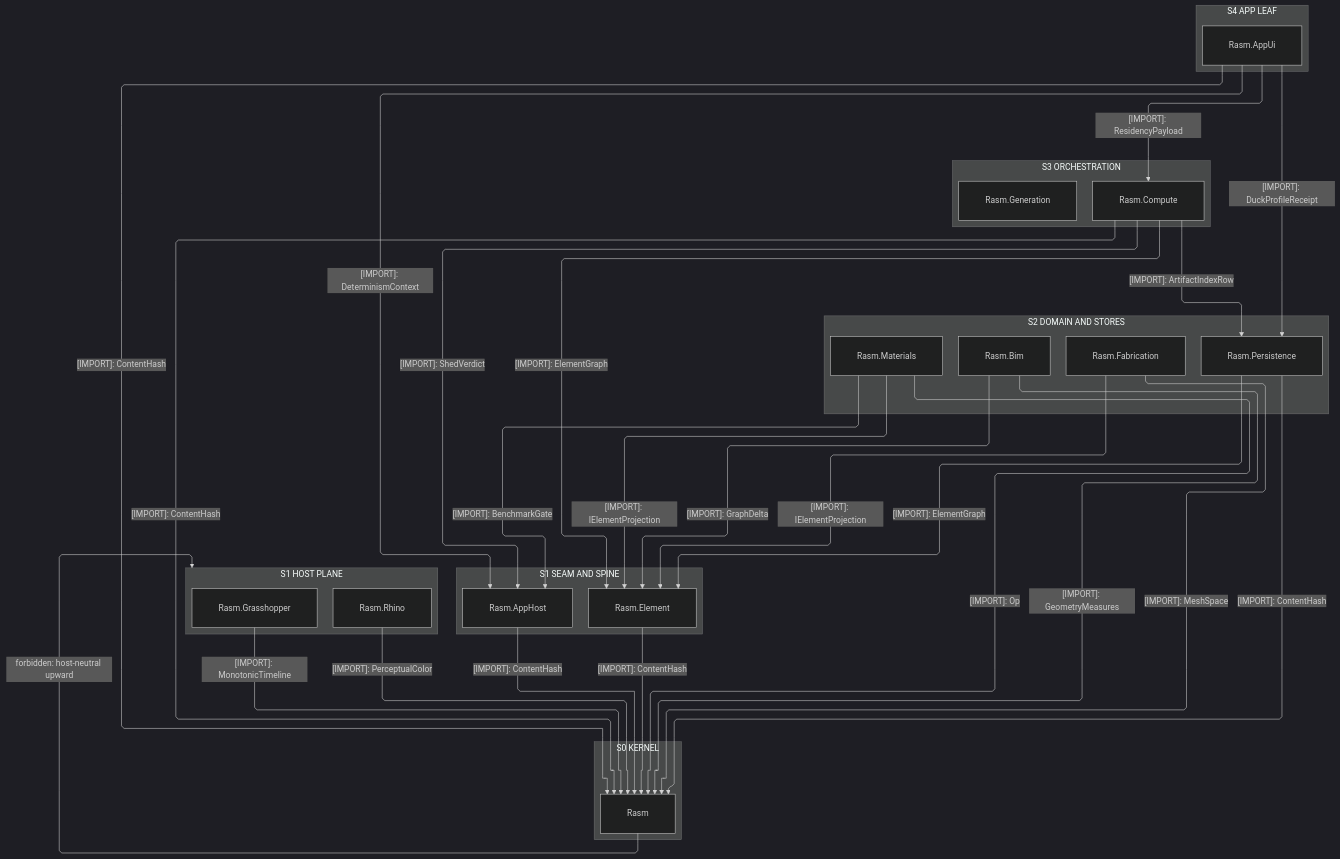
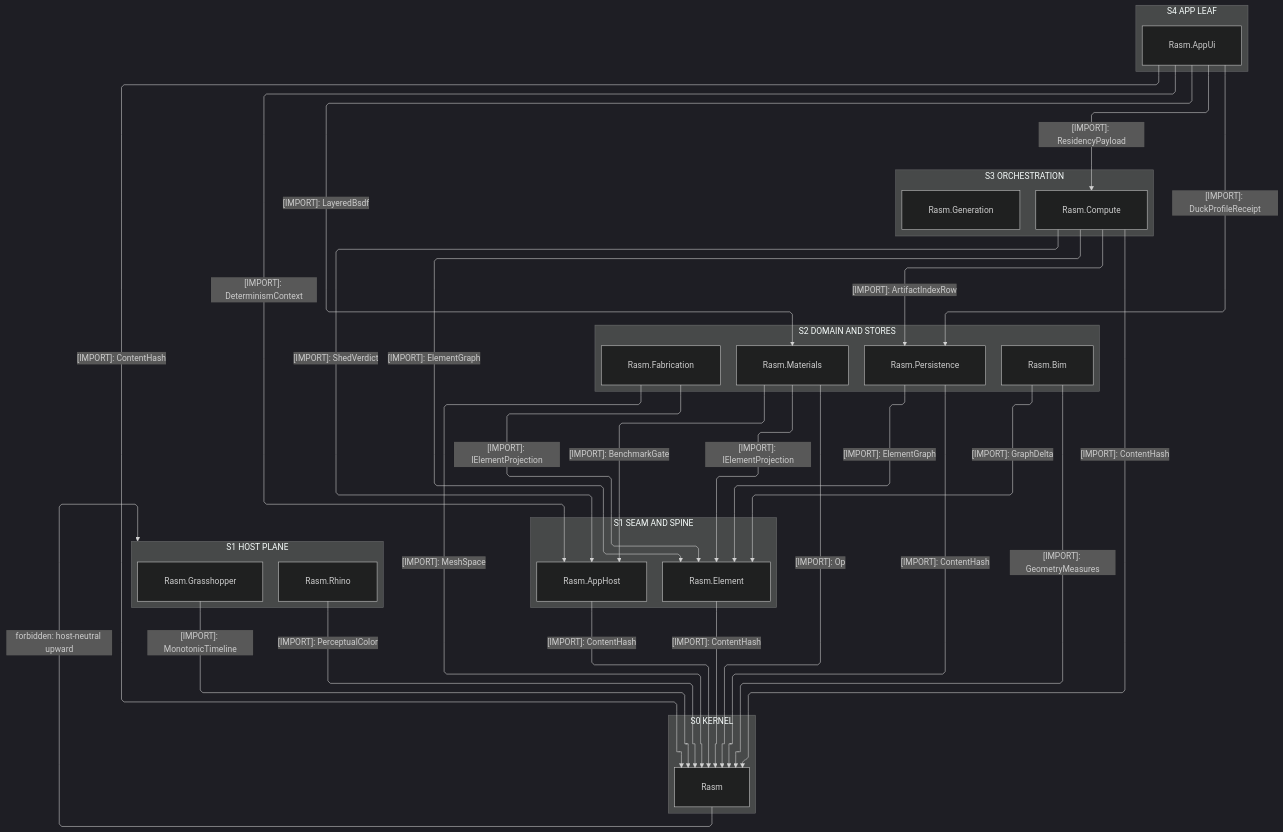
Before and after one commit to bsamiee/Rasm: the first of 5 diagrams in libs/csharp/.planning/ARCHITECTURE.md, drawn with Mermaid (dark theme). The commit also changed other lines of this file and 65 other files, not shown here.

````diff
--- a/libs/csharp/.planning/ARCHITECTURE.md
+++ b/libs/csharp/.planning/ARCHITECTURE.md
@@ -46,58 +46,59 @@
 ```mermaid
 ---
 config:
   layout: elk
   flowchart:
     curve: linear
     padding: 25
 ---
 flowchart TB
     accTitle: C# branch package reference strata
     accDescr: Five host-neutral ranks from the app-platform leaf down to the kernel beside a plane-distinct host boundary at the seam rank — every reference edge downward and solid, labeled edges naming one sourced type, no edge inside any rank, one forbidden host-neutral upward edge, and the target package seated edgeless until its first design page freezes the types it sources.
     subgraph S4["S4 APP LEAF"]
         AppUi[Rasm.AppUi]
     end
     subgraph S3["S3 ORCHESTRATION"]
         Compute[Rasm.Compute]
         Generation[Rasm.Generation]
     end
     subgraph S2["S2 DOMAIN AND STORES"]
         Bim[Rasm.Bim]
         Materials[Rasm.Materials]
         Fabrication[Rasm.Fabrication]
         Persistence[Rasm.Persistence]
     end
     subgraph S1["S1 SEAM AND SPINE"]
         Element[Rasm.Element]
         AppHost[Rasm.AppHost]
     end
     subgraph HOST["S1 HOST PLANE"]
         Rhino[Rasm.Rhino]
         Grasshopper[Rasm.Grasshopper]
     end
     subgraph S0["S0 KERNEL"]
         Rasm[Rasm]
     end
     Rhino -->|"[IMPORT]: PerceptualColor"| Rasm
     Grasshopper -->|"[IMPORT]: MonotonicTimeline"| Rasm
     Element -->|"[IMPORT]: ContentHash"| Rasm
     AppHost -->|"[IMPORT]: ContentHash"| Rasm
     Persistence -->|"[IMPORT]: ElementGraph"| Element
     Persistence -->|"[IMPORT]: ContentHash"| Rasm
     Materials -->|"[IMPORT]: IElementProjection"| Element
     Materials -->|"[IMPORT]: Op"| Rasm
     Materials -->|"[IMPORT]: BenchmarkGate"| AppHost
     Bim -->|"[IMPORT]: GraphDelta"| Element
     Bim -->|"[IMPORT]: GeometryMeasures"| Rasm
     Fabrication -->|"[IMPORT]: IElementProjection"| Element
     Fabrication -->|"[IMPORT]: MeshSpace"| Rasm
     Compute -->|"[IMPORT]: ElementGraph"| Element
     Compute -->|"[IMPORT]: ContentHash"| Rasm
     Compute -->|"[IMPORT]: ShedVerdict"| AppHost
     Compute -->|"[IMPORT]: ArtifactIndexRow"| Persistence
     AppUi -->|"[IMPORT]: ContentHash"| Rasm
     AppUi -->|"[IMPORT]: DeterminismContext"| AppHost
     AppUi -->|"[IMPORT]: ResidencyPayload"| Compute
+    AppUi -->|"[IMPORT]: LayeredBsdf"| Materials
     AppUi -->|"[IMPORT]: DuckProfileReceipt"| Persistence
     Rasm -->|"forbidden: host-neutral upward"| HOST
 ```
````
